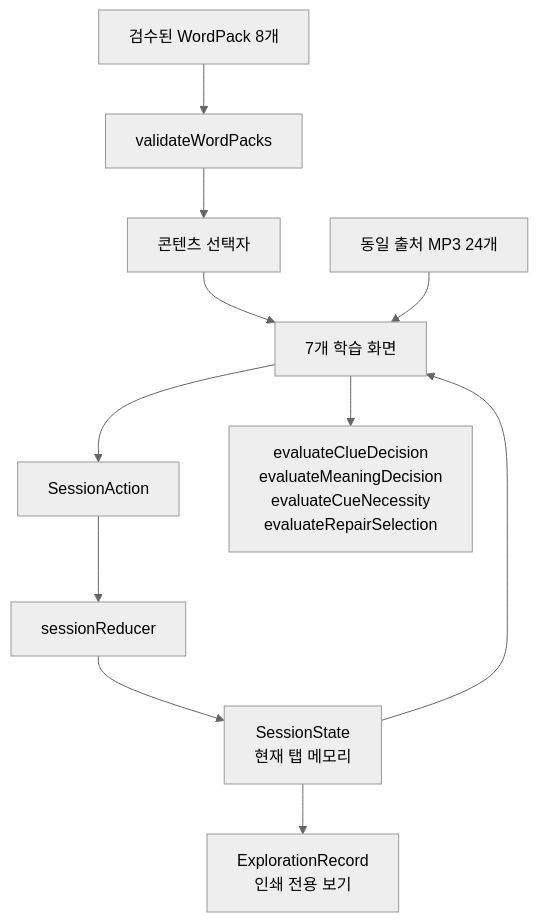
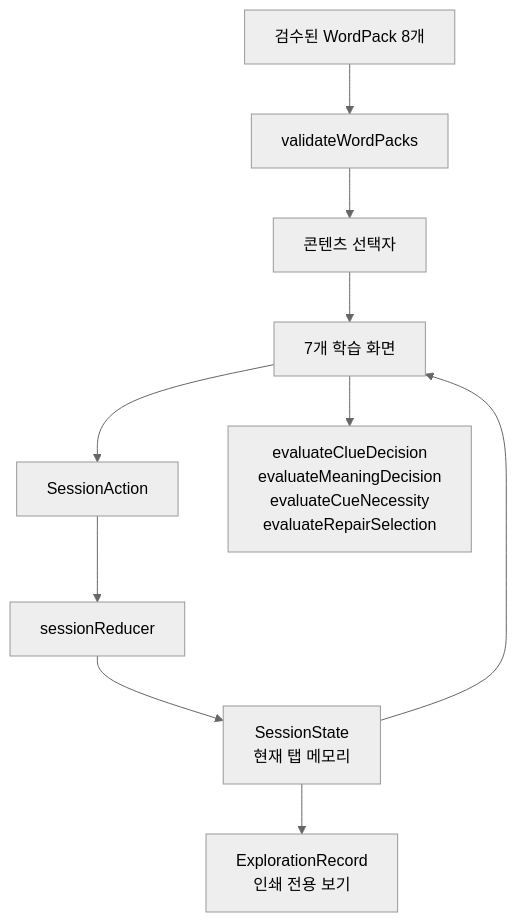
One commit to WBmaker2/word-meaning-crossroads changed the second of 2 diagrams in 2026-08-26-word-meaning-crossroads-implementation-plan.md. Above: the diagram before and after it, drawn with Mermaid (neutral theme). The commit also changed other lines of this file and 19 other files, not shown here.

````diff
--- a/2026-08-26-word-meaning-crossroads-implementation-plan.md
+++ b/2026-08-26-word-meaning-crossroads-implementation-plan.md
@@ -222,13 +222,12 @@
 ```mermaid
 flowchart TB
     Content[검수된 WordPack 8개] --> Validator[validateWordPacks]
     Validator --> Selectors[콘텐츠 선택자]
     Selectors --> UI[7개 학습 화면]
     UI --> Actions[SessionAction]
     Actions --> Reducer[sessionReducer]
     Reducer --> State[SessionState<br/>현재 탭 메모리]
     State --> UI
     UI --> Eval[evaluateClueDecision<br/>evaluateMeaningDecision<br/>evaluateCueNecessity<br/>evaluateRepairSelection]
-    Audio[동일 출처 MP3 24개] --> UI
     State --> Record[ExplorationRecord<br/>인쇄 전용 보기]
 ```
````
